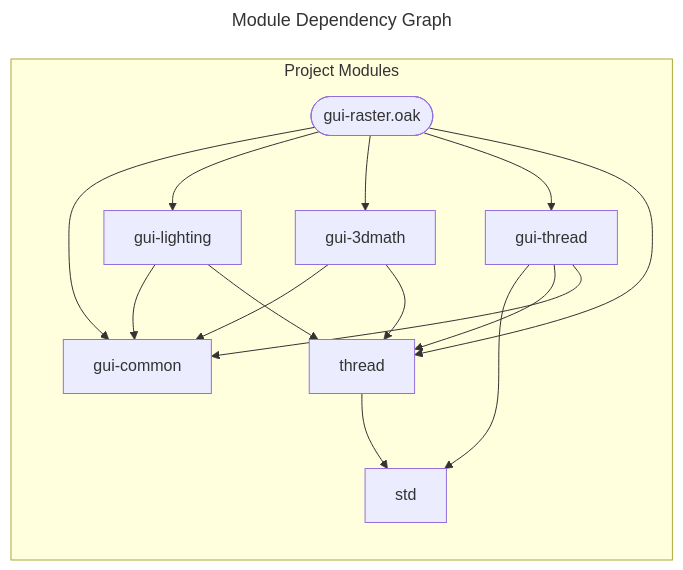
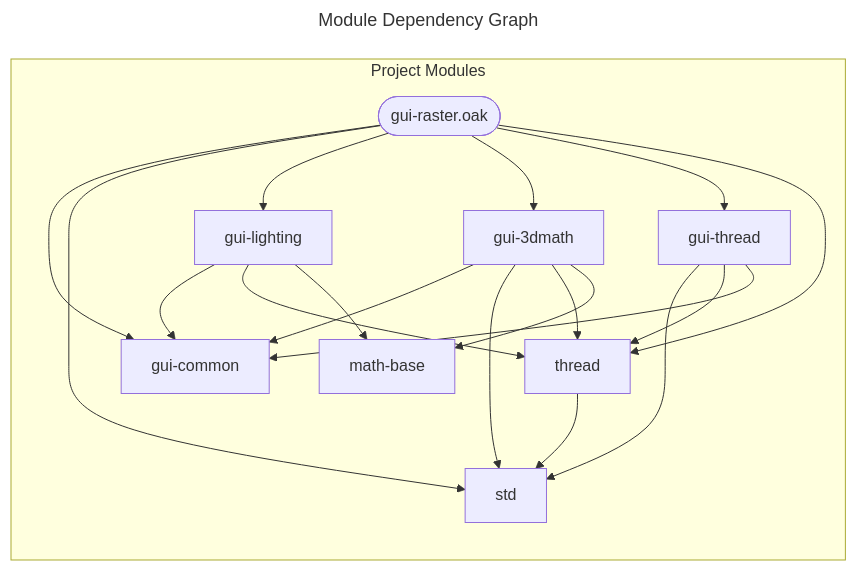
One commit to SpcFORK/magnolia changed the diagram in docs/spec/gui-raster.mmd. Above: the diagram before and after it, drawn with Mermaid. The commit also changed 607 other files, not shown here.

```diff
--- a/docs/spec/gui-raster.mmd
+++ b/docs/spec/gui-raster.mmd
@@ -1,26 +1,31 @@
 ---
 title: Module Dependency Graph
 ---
 flowchart LR
     subgraph project_modules ["Project Modules"]
+        math_base["math-base"]
         gui_3dmath["gui-3dmath"]
         gui_thread["gui-thread"]
+        lib_gui_raster_oak(["gui-raster.oak"])
+        gui_common["gui-common"]
         std["std"]
+        gui_lighting["gui-lighting"]
         thread["thread"]
-        gui_common["gui-common"]
-        lib_gui_raster_oak(["gui-raster.oak"])
-        gui_lighting["gui-lighting"]
     end
     gui_3dmath --> gui_common
+    gui_3dmath --> std
     gui_3dmath --> thread
+    gui_3dmath --> math_base
     gui_thread --> std
     gui_thread --> thread
     gui_thread --> gui_common
-    thread --> std
     lib_gui_raster_oak --> gui_common
+    lib_gui_raster_oak --> std
     lib_gui_raster_oak --> gui_lighting
     lib_gui_raster_oak --> gui_3dmath
     lib_gui_raster_oak --> gui_thread
     lib_gui_raster_oak --> thread
     gui_lighting --> gui_common
     gui_lighting --> thread
+    gui_lighting --> math_base
+    thread --> std
```
